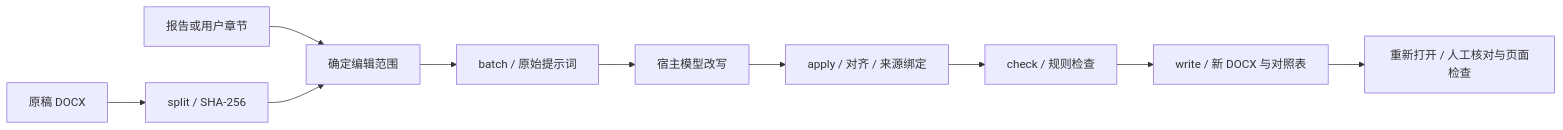
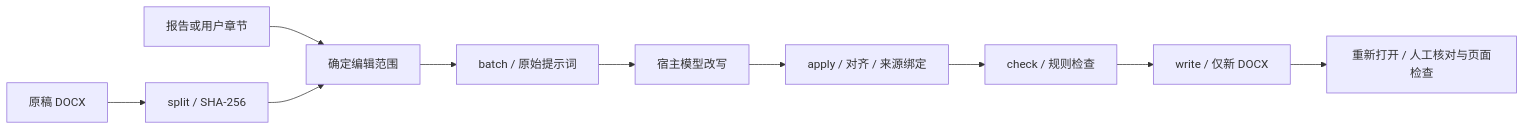
The diagram in docs/REVIEW-2026-10-31.md (Longfei-Tao/aigc-reducer), drawn with Mermaid before and after one commit. The commit also changed other lines of this file and 6 other files, not shown here.

````diff
--- a/docs/REVIEW-2026-10-31.md
+++ b/docs/REVIEW-2026-10-31.md
@@ -13,12 +13,12 @@
 ```mermaid
 flowchart LR
     A[原稿 DOCX] --> B[split / SHA-256]
     R[报告或用户章节] --> C[确定编辑范围]
     B --> C
     C --> D[batch / 原始提示词]
     D --> E[宿主模型改写]
     E --> F[apply / 对齐 / 来源绑定]
     F --> G[check / 规则检查]
-    G --> H[write / 新 DOCX 与对照表]
+    G --> H[write / 仅新 DOCX]
     H --> I[重新打开 / 人工核对与页面检查]
 ```
````
